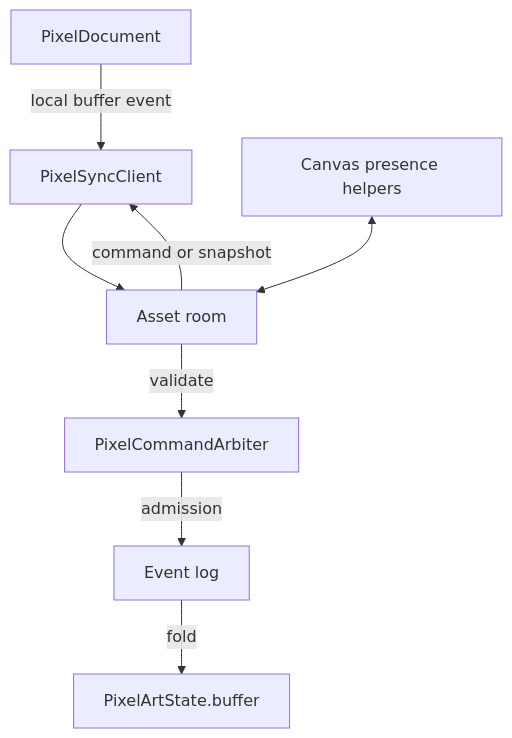
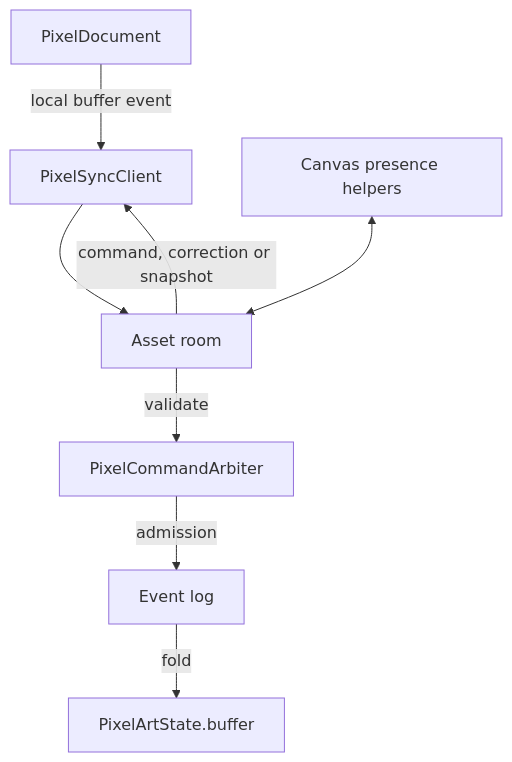
One commit to JollyPixel/editor changed the first of 2 diagrams in packages/assets/pixel-art/ARCHITECTURE.md. Above: the diagram before and after it, drawn with Mermaid. The commit also changed 55 other files, not shown here.

````diff
--- a/packages/assets/pixel-art/ARCHITECTURE.md
+++ b/packages/assets/pixel-art/ARCHITECTURE.md
@@ -5,10 +5,10 @@
 ```mermaid
 flowchart TB
     Document["PixelDocument"] -->|"local buffer event"| Sync["PixelSyncClient"]
     Sync --> Room["Asset room"]
     Room -->|"validate"| Arbiter["PixelCommandArbiter"]
     Arbiter -->|"admission"| Log["Event log"]
     Log -->|"fold"| State["PixelArtState.buffer"]
-    Room -->|"command or snapshot"| Sync
+    Room -->|"command, correction or snapshot"| Sync
     Canvas["Canvas presence helpers"] <--> Room
 ```
````
